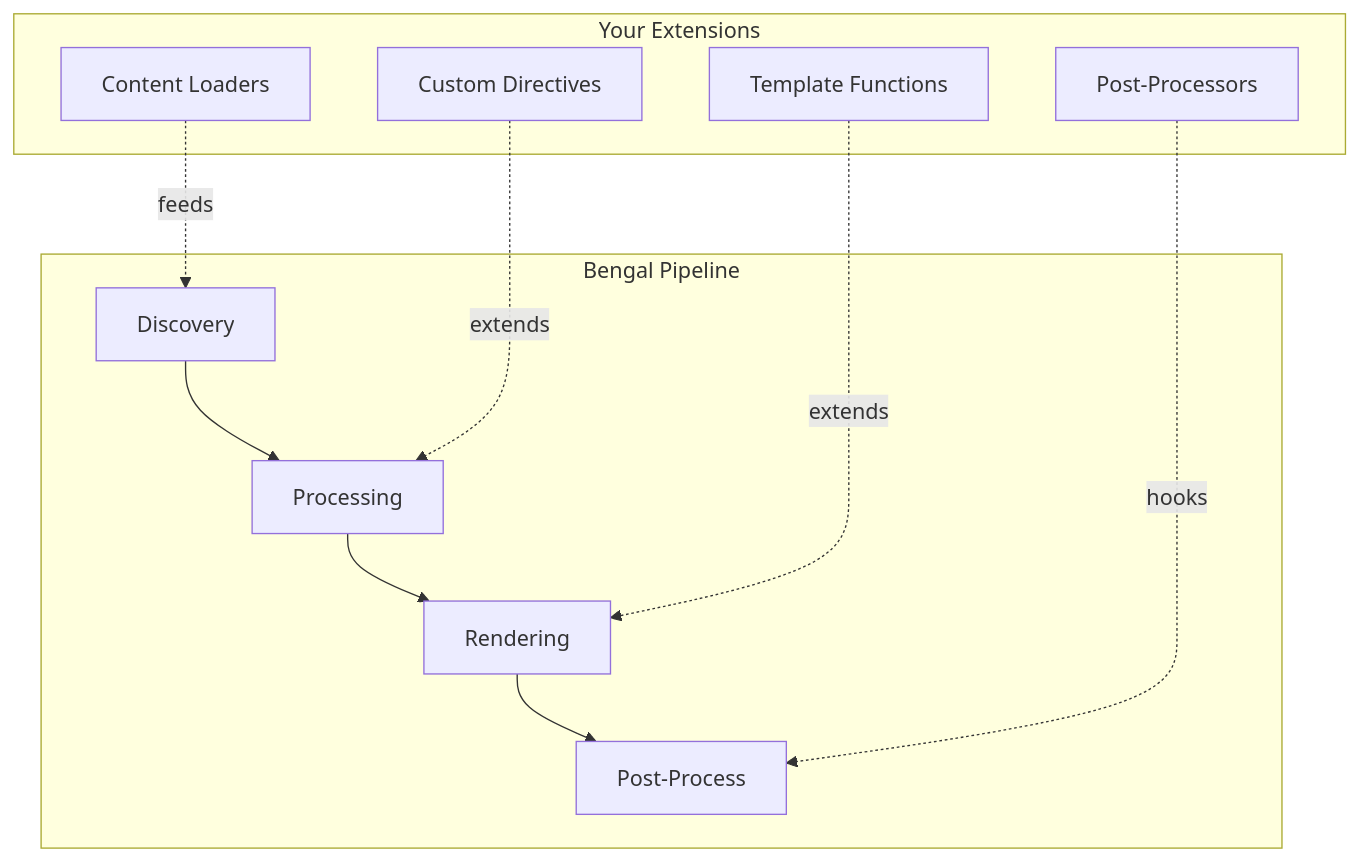
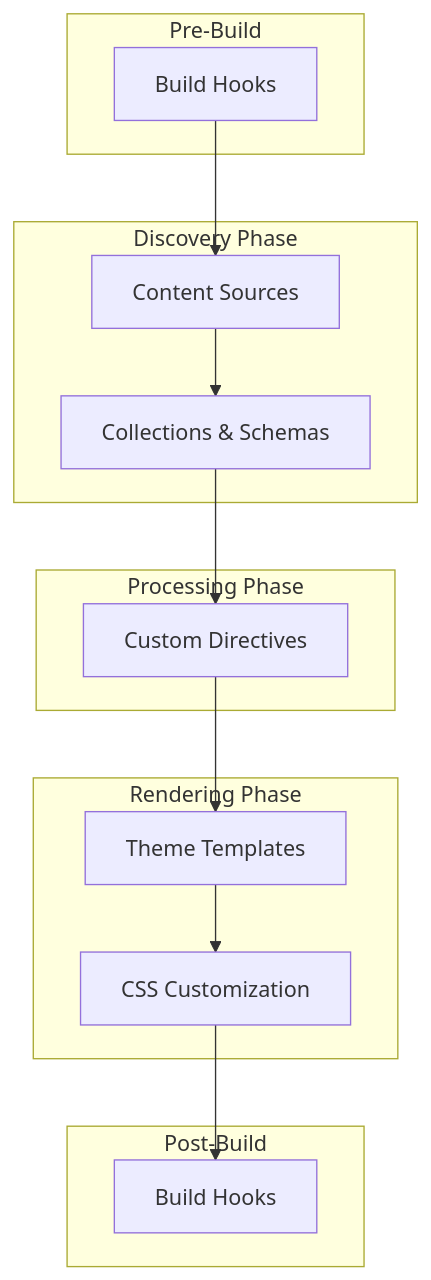
The diagram in site/content/docs/extending/_index.md (lbliii/bengal), drawn with Mermaid before and after one commit. The commit also changed other lines of this file and 90 other files, not shown here.

````diff
--- a/site/content/docs/extending/_index.md
+++ b/site/content/docs/extending/_index.md
@@ -30,20 +28,31 @@
 ```mermaid
 flowchart TB
-    subgraph "Your Extensions"
-        A[Custom Directives]
-        B[Content Loaders]
-        C[Post-Processors]
-        D[Template Functions]
+    subgraph "Pre-Build"
+        A[Build Hooks]
     end
 
-    subgraph "Bengal Pipeline"
-        E[Discovery] --> F[Processing]
-        F --> G[Rendering]
-        G --> H[Post-Process]
+    subgraph "Discovery Phase"
+        B[Content Sources]
+        C[Collections & Schemas]
     end
 
-    B -.->|feeds| E
-    A -.->|extends| F
-    D -.->|extends| G
-    C -.->|hooks| H
+    subgraph "Processing Phase"
+        D[Custom Directives]
+    end
+
+    subgraph "Rendering Phase"
+        E[Theme Templates]
+        F[CSS Customization]
+    end
+
+    subgraph "Post-Build"
+        G[Build Hooks]
+    end
+
+    A --> B
+    B --> C
+    C --> D
+    D --> E
+    E --> F
+    F --> G
 ```
````
